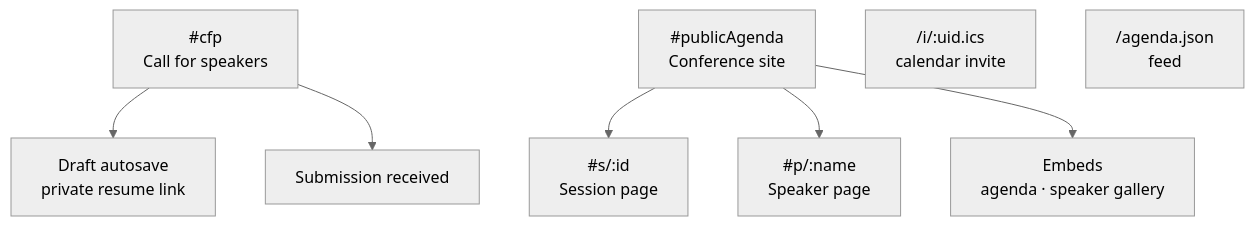
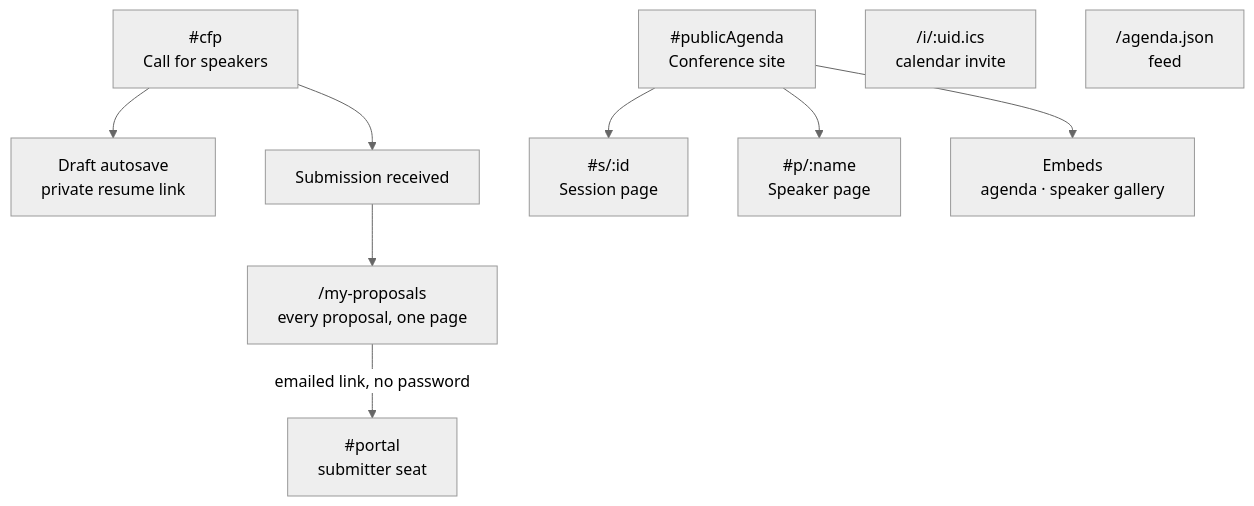
The sixth of 6 diagrams in SITEMAP.md (Stage-11-Agentics/marquee), drawn with Mermaid (neutral theme) before and after one commit. The commit also changed other lines of this file and 32 other files, not shown here.

First line of the commit message:
MRQ-279: the submitter's own home — every proposal, one page, no password (#330)

````diff
--- a/SITEMAP.md
+++ b/SITEMAP.md
@@ -207,14 +210,16 @@
 ```mermaid
 flowchart TD
   CFP["#cfp<br/>Call for speakers"]
   CFP --> Draft["Draft autosave<br/>private resume link"]
   CFP --> Submitted["Submission received"]
+  Submitted --> Mine["/my-proposals<br/>every proposal, one page"]
+  Mine -->|emailed link, no password| Home["#portal<br/>submitter seat"]
 
   Site["#publicAgenda<br/>Conference site"]
   Site --> Sess["#s/:id<br/>Session page"]
   Site --> Spk["#p/:name<br/>Speaker page"]
   Site --> Embed["Embeds<br/>agenda · speaker gallery"]
 
   Cal["/i/:uid.ics<br/>calendar invite"]
   Feed["/agenda.json<br/>feed"]
 ```
````
